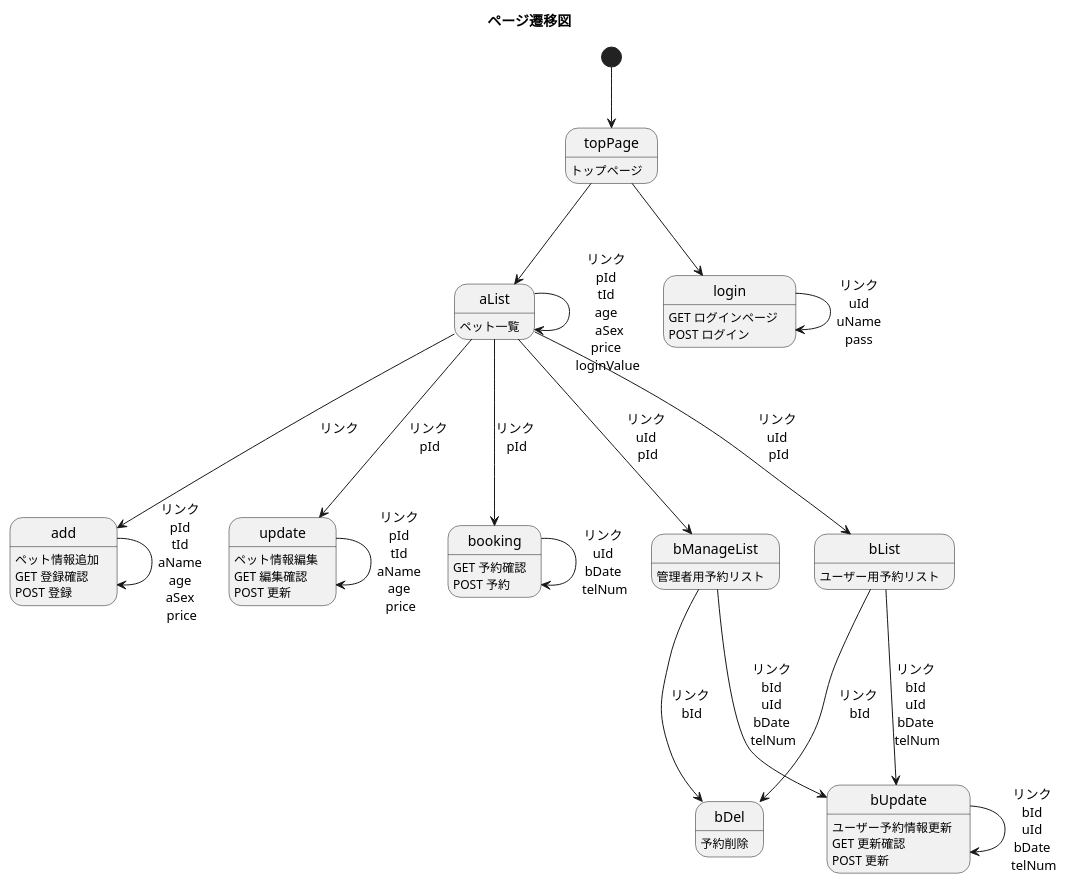
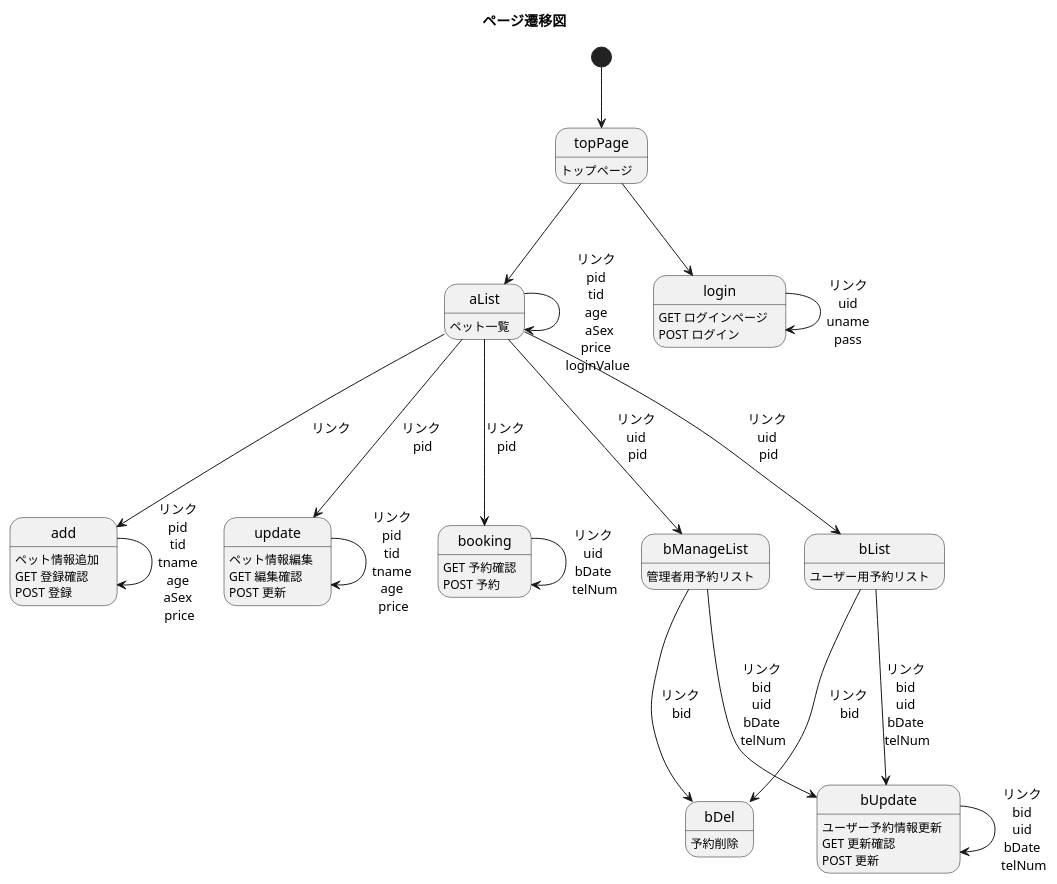
Before and after one commit to Tyamanaka07/WebSystem: the diagram in UML/screenTransitionDiagram.pu, drawn with PlantUML. The commit also changed 8 other files, not shown here.

```diff
--- a/UML/screenTransitionDiagram.pu
+++ b/UML/screenTransitionDiagram.pu
@@ -1,36 +1,36 @@
 @startuml
 title ページ遷移図
 
 topPage : トップページ
 aList : ペット一覧
 login : GET ログインページ \nPOST ログイン
 add : ペット情報追加 \nGET 登録確認 \nPOST 登録
 update : ペット情報編集 \nGET 編集確認 \nPOST 更新
 booking : GET 予約確認\nPOST 予約
 bDel : 予約削除
 bUpdate : ユーザー予約情報更新 \nGET 更新確認 \nPOST 更新
 bList : ユーザー用予約リスト
 bManageList : 管理者用予約リスト
 
 
 [*] --> topPage
 topPage --> aList
 topPage --> login
-login --> login : リンク\nuId\nuName\npass
+login --> login : リンク\nuid\nuname\npass
 aList --> add : リンク \n
-add --> add : リンク \npId \ntId \naName \nage \naSex \nprice
-aList --> booking : リンク \npId
-booking --> booking : リンク \nuId \nbDate \ntelNum
-aList --> bList : リンク \nuId \npId
-bList --> bDel : リンク \nbId
-aList --> bManageList : リンク \nuId \npId
-bManageList --> bDel : リンク \nbId
-aList --> aList : リンク \npId \ntId \nage \n aSex\nprice \nloginValue
-aList --> update : リンク \npId
-update --> update : リンク \npId \ntId \naName \nage \nprice
-bList --> bUpdate : リンク \nbId \nuId \nbDate \ntelNum
-bManageList --> bUpdate : リンク \nbId \nuId \nbDate \ntelNum
-bUpdate --> bUpdate : リンク \nbId \nuId \nbDate \ntelNum
+add --> add : リンク \npid \ntid \ntname \nage \naSex \nprice
+aList --> booking : リンク \npid
+booking --> booking : リンク \nuid \nbDate \ntelNum
+aList --> bList : リンク \nuid \npid
+bList --> bDel : リンク \nbid
+aList --> bManageList : リンク \nuid \npid
+bManageList --> bDel : リンク \nbid
+aList --> aList : リンク \npid \ntid \nage \n aSex\nprice \nloginValue
+aList --> update : リンク \npid
+update --> update : リンク \npid \ntid \ntname \nage \nprice
+bList --> bUpdate : リンク \nbid \nuid \nbDate \ntelNum
+bManageList --> bUpdate : リンク \nbid \nuid \nbDate \ntelNum
+bUpdate --> bUpdate : リンク \nbid \nuid \nbDate \ntelNum
 
 
 @enduml
```
